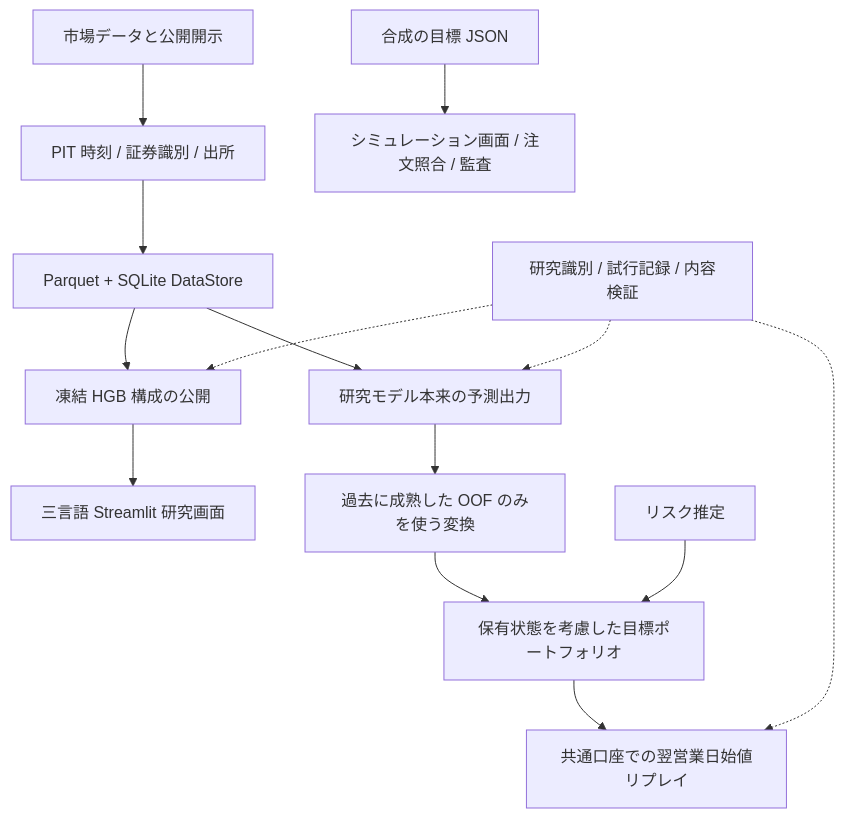
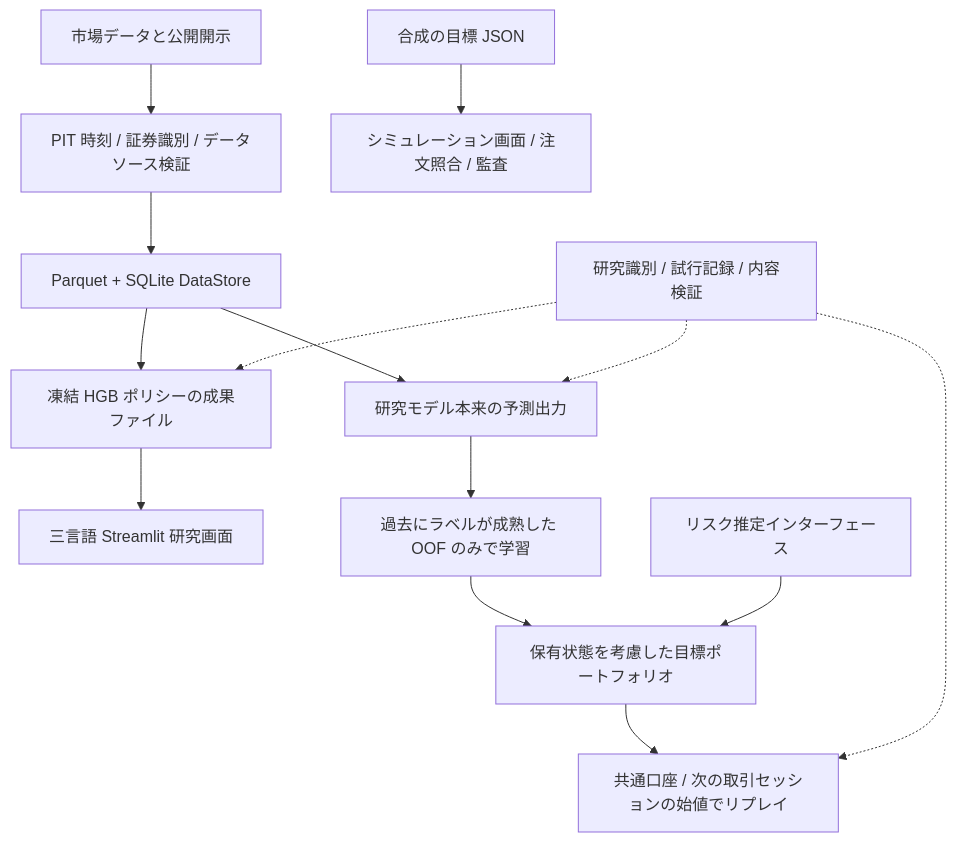
One commit to kinryukii/us-tech-quant-v21 changed the diagram in docs/README.ja.md. Above: the diagram before and after it, drawn with Mermaid. The commit also changed other lines of this file and 3 other files, not shown here.

````diff
--- a/docs/README.ja.md
+++ b/docs/README.ja.md
@@ -32,16 +32,16 @@
 ```mermaid
 flowchart TB
-    Sources[市場データと公開開示] --> PIT[PIT 時刻 / 証券識別 / 出所]
+    Sources[市場データと公開開示] --> PIT[PIT 時刻 / 証券識別 / データソース検証]
     PIT --> Store[Parquet + SQLite DataStore]
-    Store --> HGB[凍結 HGB 構成の公開]
+    Store --> HGB[凍結 HGB ポリシーの成果ファイル]
     HGB --> Demo[三言語 Streamlit 研究画面]
     Store --> Forecast[研究モデル本来の予測出力]
-    Forecast --> Bridge[過去に成熟した OOF のみを使う変換]
+    Forecast --> Bridge[過去にラベルが成熟した OOF のみで学習]
     Bridge --> Policy[保有状態を考慮した目標ポートフォリオ]
-    Risk[リスク推定] --> Policy
-    Policy --> Replay[共通口座での翌営業日始値リプレイ]
+    Risk[リスク推定インターフェース] --> Policy
+    Policy --> Replay[共通口座 / 次の取引セッションの始値でリプレイ]
     Registry[研究識別 / 試行記録 / 内容検証] -.-> HGB
     Registry -.-> Forecast
     Registry -.-> Replay
     JSON[合成の目標 JSON] --> Paper[シミュレーション画面 / 注文照合 / 監査]
 ```
````
